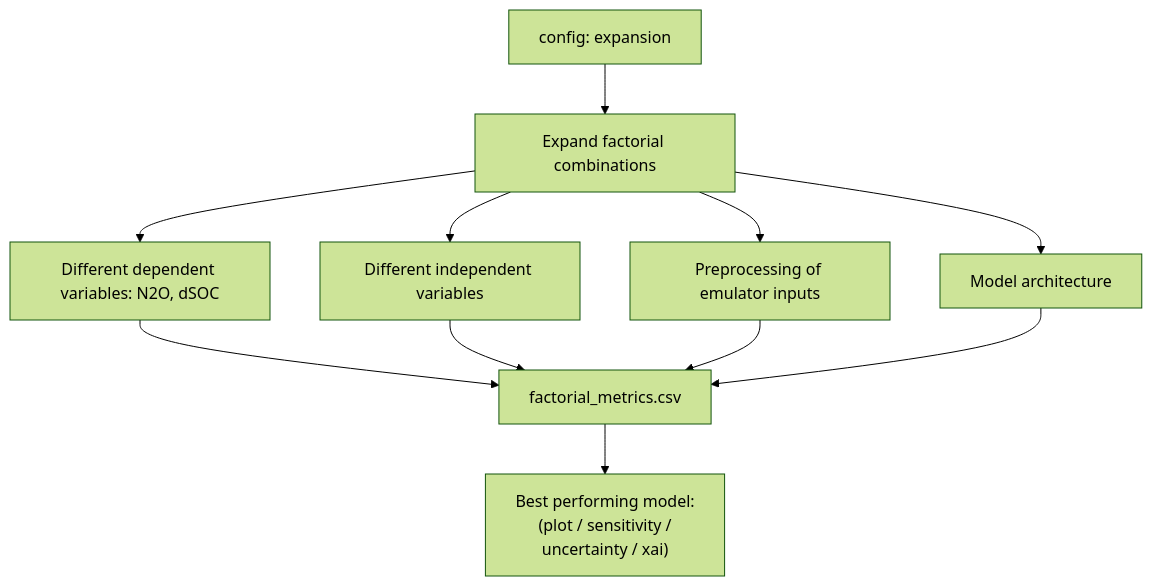
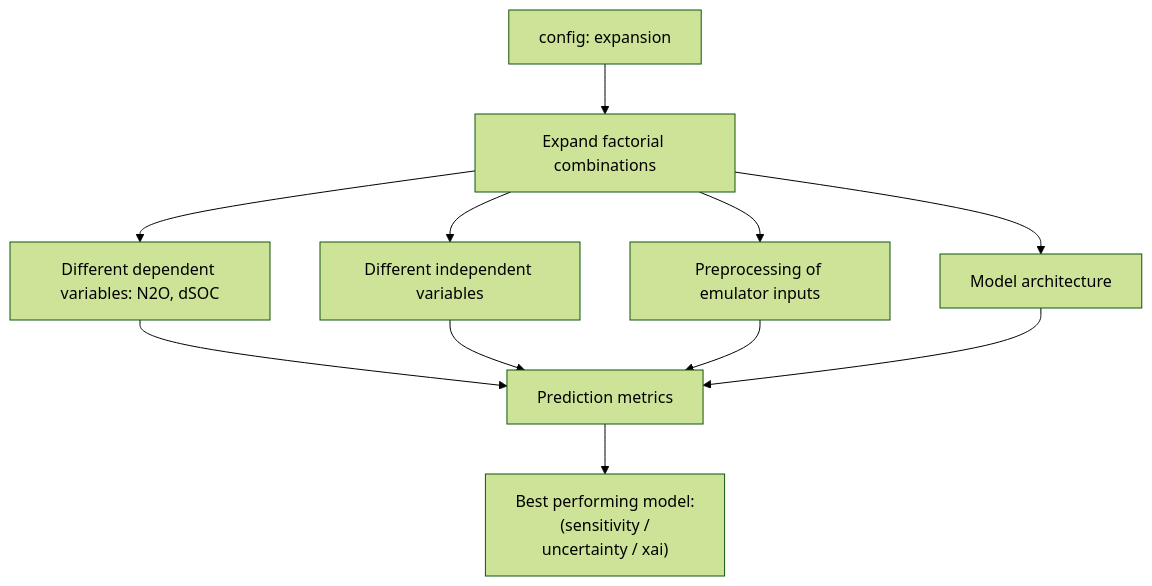
Before and after one commit to TBreure/DayCent_emulator: the fourth of 5 diagrams in flowcharts.md, drawn with Mermaid (forest theme). The commit also changed other lines of this file, not shown here.

````diff
--- a/flowcharts.md
+++ b/flowcharts.md
@@ -66,10 +66,10 @@
 ```mermaid
 flowchart TD
     CFG[config: expansion] --> EX["Expand factorial combinations"]
     EX --> C1[Different dependent variables: N2O, dSOC]
     EX --> C2[Different independent variables]
     EX --> C3[Preprocessing of emulator inputs]
     EX --> C4[Model architecture]
-    C1 & C2 & C3 & C4 --> MET[factorial_metrics.csv]
-    MET --> DOWN["Best performing model:<br/>(plot / sensitivity /<br/>uncertainty / xai)"]
+    C1 & C2 & C3 & C4 --> MET[Prediction metrics]
+    MET --> DOWN["Best performing model:<br/>(sensitivity /<br/>uncertainty / xai)"]
 ```
````
